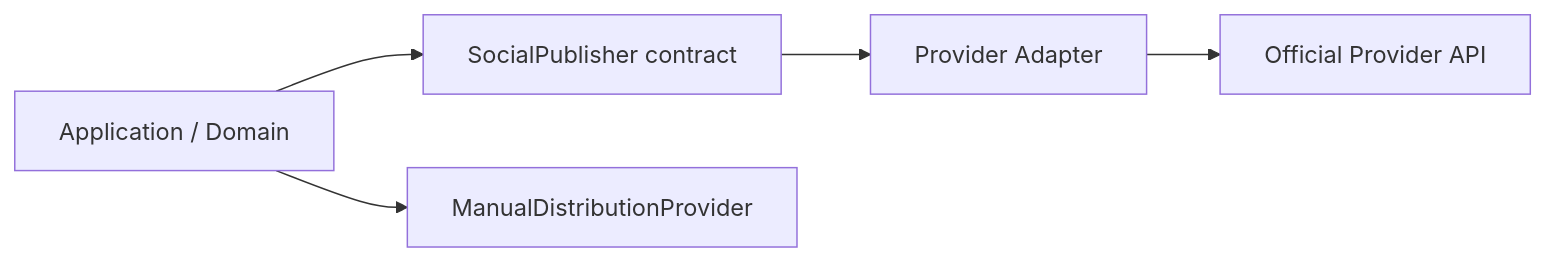
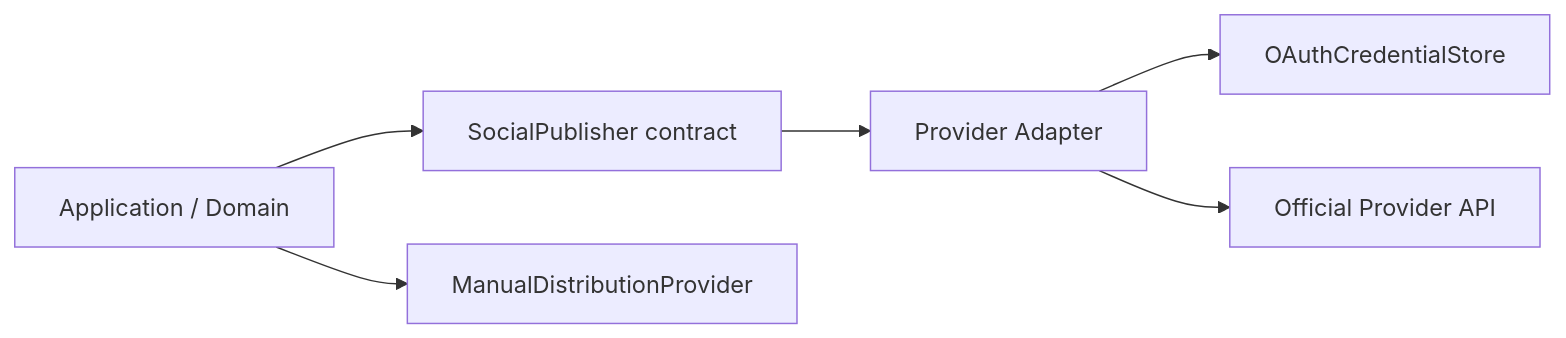
The second of 2 diagrams in docs/architecture/social-domain.md (vitoo16/recruitops-platform), drawn with Mermaid before and after one commit. The commit also changed other lines of this file and 7 other files, not shown here.

Commit message:
docs: document secure oauth credential storage

````diff
--- a/docs/architecture/social-domain.md
+++ b/docs/architecture/social-domain.md
@@ -48,13 +87,15 @@
 ```mermaid
 flowchart LR
     DOMAIN[Application / Domain]
     CONTRACT[SocialPublisher contract]
     ADAPTER[Provider Adapter]
     OFFICIAL[Official Provider API]
     MANUAL[ManualDistributionProvider]
+    CREDS[OAuthCredentialStore]
 
     DOMAIN --> CONTRACT
     CONTRACT --> ADAPTER
+    ADAPTER --> CREDS
     ADAPTER --> OFFICIAL
     DOMAIN --> MANUAL
 ```
````
